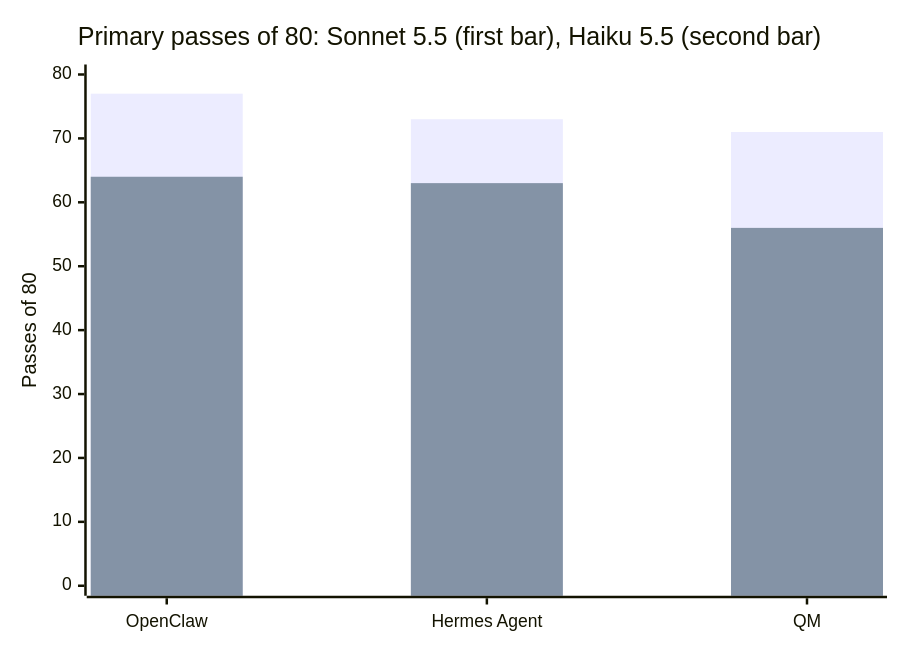
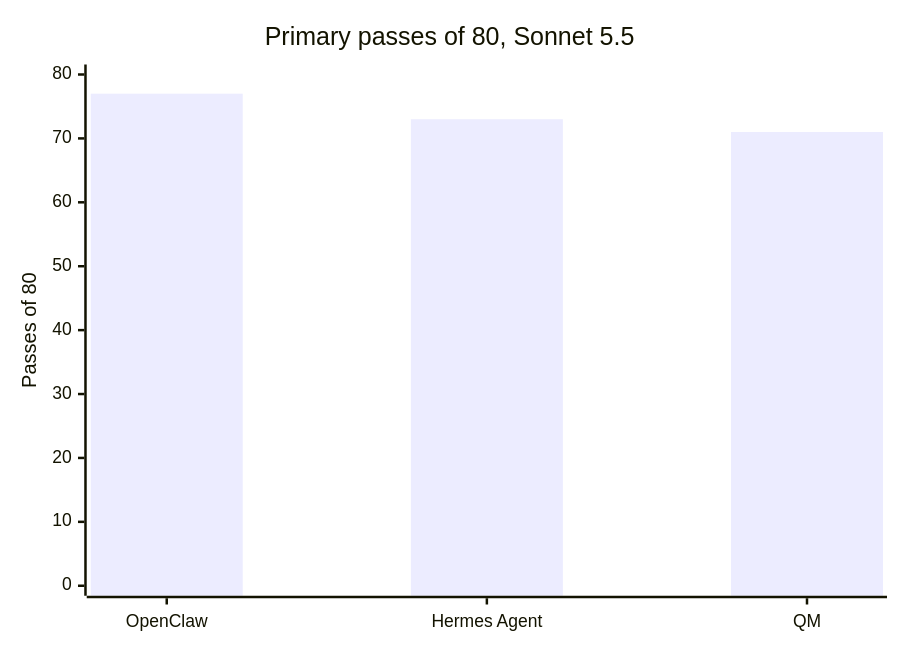
Before and after one commit to garrytan/g-harness-evals: the diagram in findings/2026-11-01-model-vs-harness.md, drawn with Mermaid. The commit also changed other lines of this file and 8 other files, not shown here.

First line of the commit message:
v0.0.98 docs: findings carry no verdict on Sonnet/Haiku data; disclosures close each file (#217)

````diff
--- a/findings/2026-11-01-model-vs-harness.md
+++ b/findings/2026-11-01-model-vs-harness.md
@@ -166,8 +148,7 @@
 ```mermaid
 xychart-beta
-  title "Primary passes of 80: Sonnet 5.5 (first bar), Haiku 5.5 (second bar)"
+  title "Primary passes of 80, Sonnet 5.5"
   x-axis ["OpenClaw", "Hermes Agent", "QM"]
   y-axis "Passes of 80" 0 --> 80
   bar [77, 73, 71]
-  bar [64, 63, 56]
 ```
````
